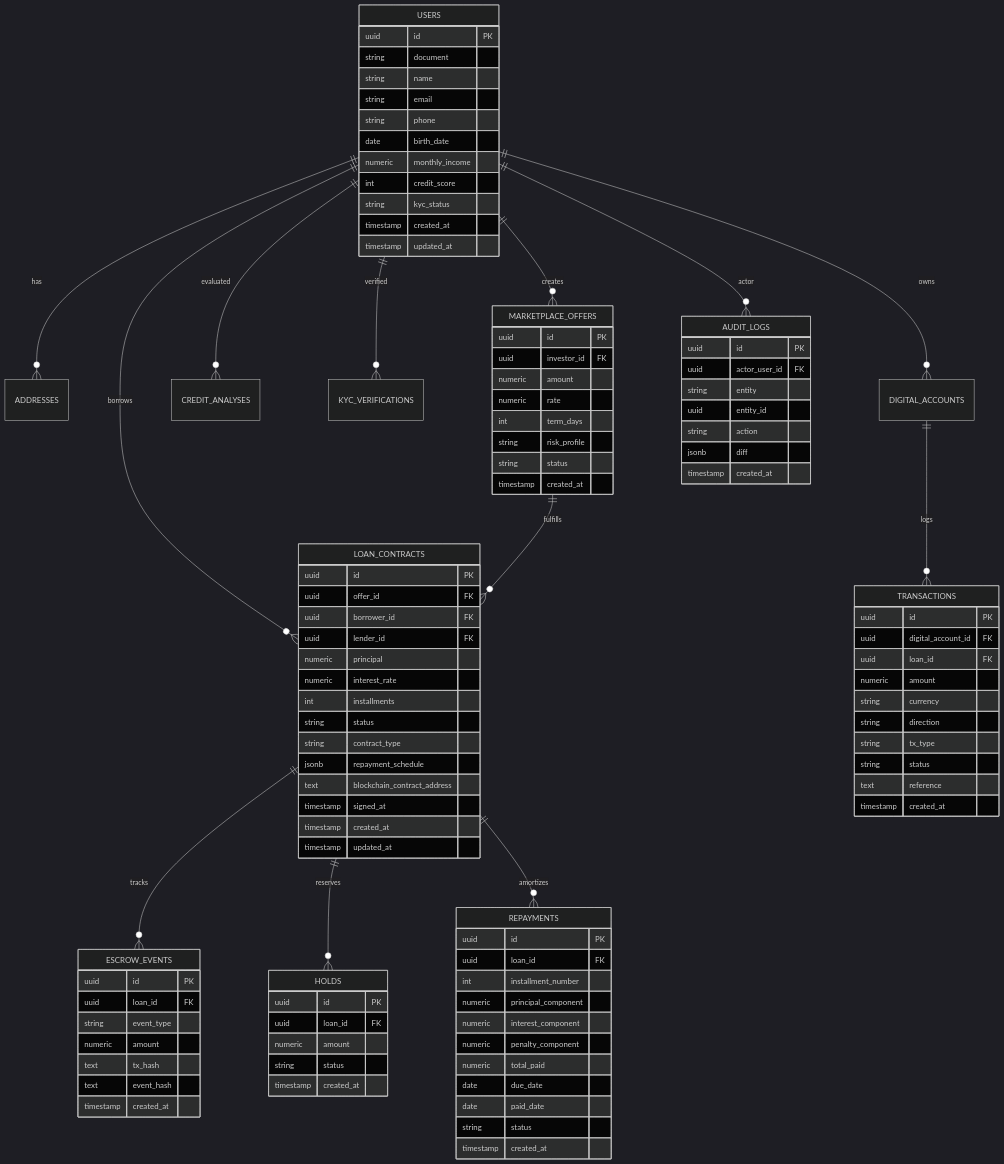
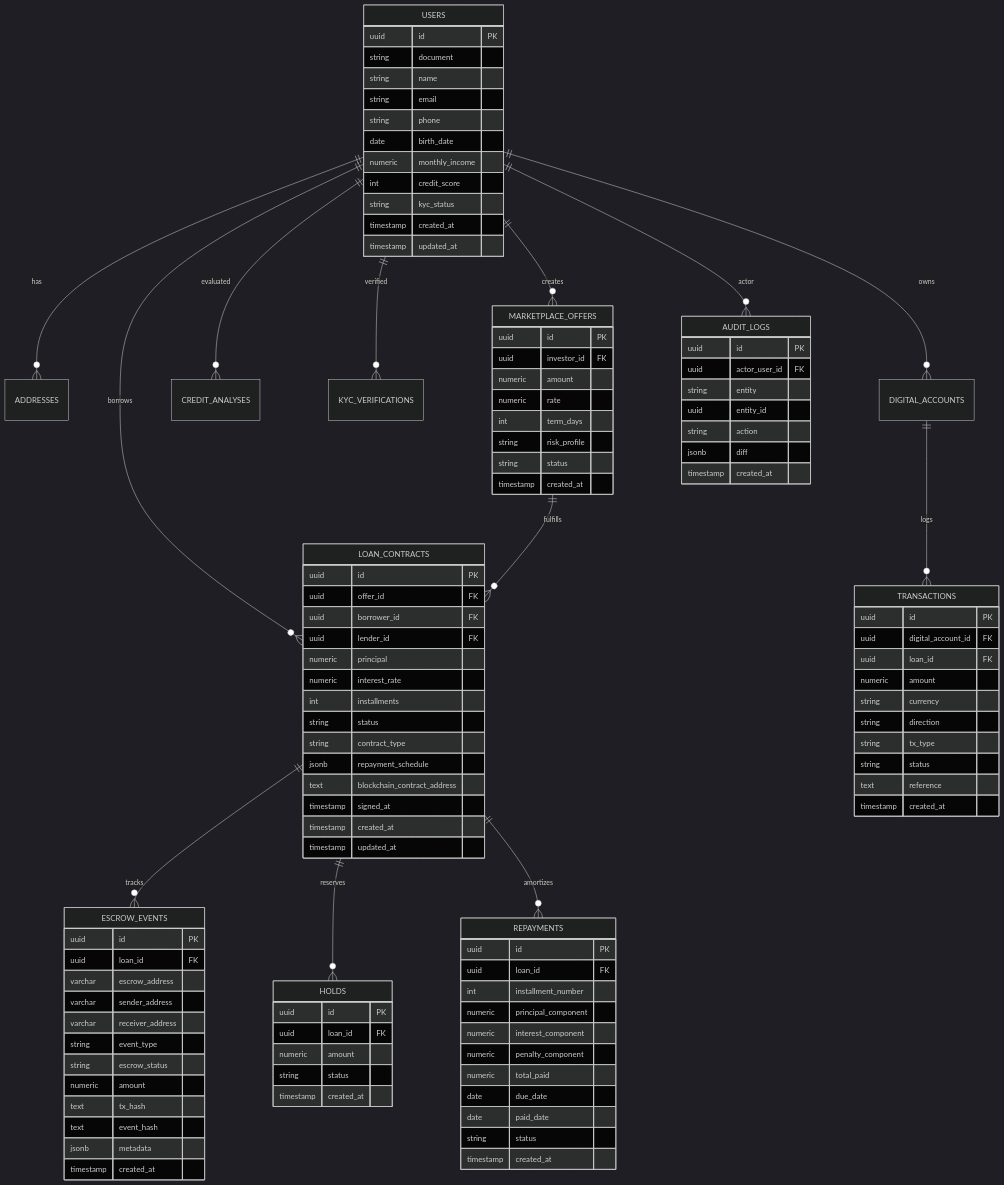
Before and after one commit to leeunam/QI-Credit: the diagram in docs/db.md, drawn with Mermaid (dark theme). The commit also changed other lines of this file, not shown here.

```diff
--- a/docs/db.md
+++ b/docs/db.md
@@ -68,14 +68,19 @@
 		timestamp created_at
 	}
 	ESCROW_EVENTS {
-		uuid id PK
-		uuid loan_id FK
-		string event_type
-		numeric amount
-		text tx_hash
-		text event_hash
-		timestamp created_at
-	}
+        uuid id PK
+        uuid loan_id FK
+        varchar escrow_address
+        varchar sender_address
+        varchar receiver_address
+        string event_type
+        string escrow_status
+        numeric amount
+        text tx_hash
+        text event_hash
+        jsonb metadata
+        timestamp created_at
+    }
 	REPAYMENTS {
 		uuid id PK
 		uuid loan_id FK
```
